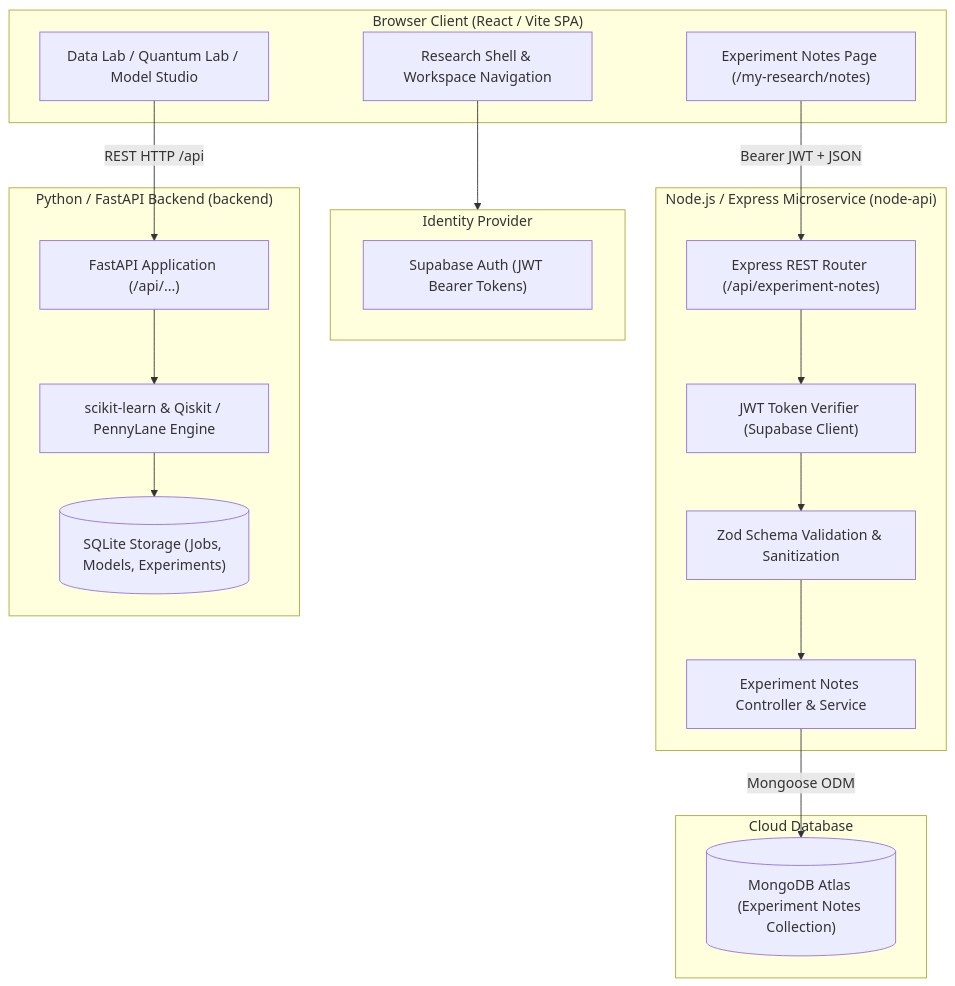
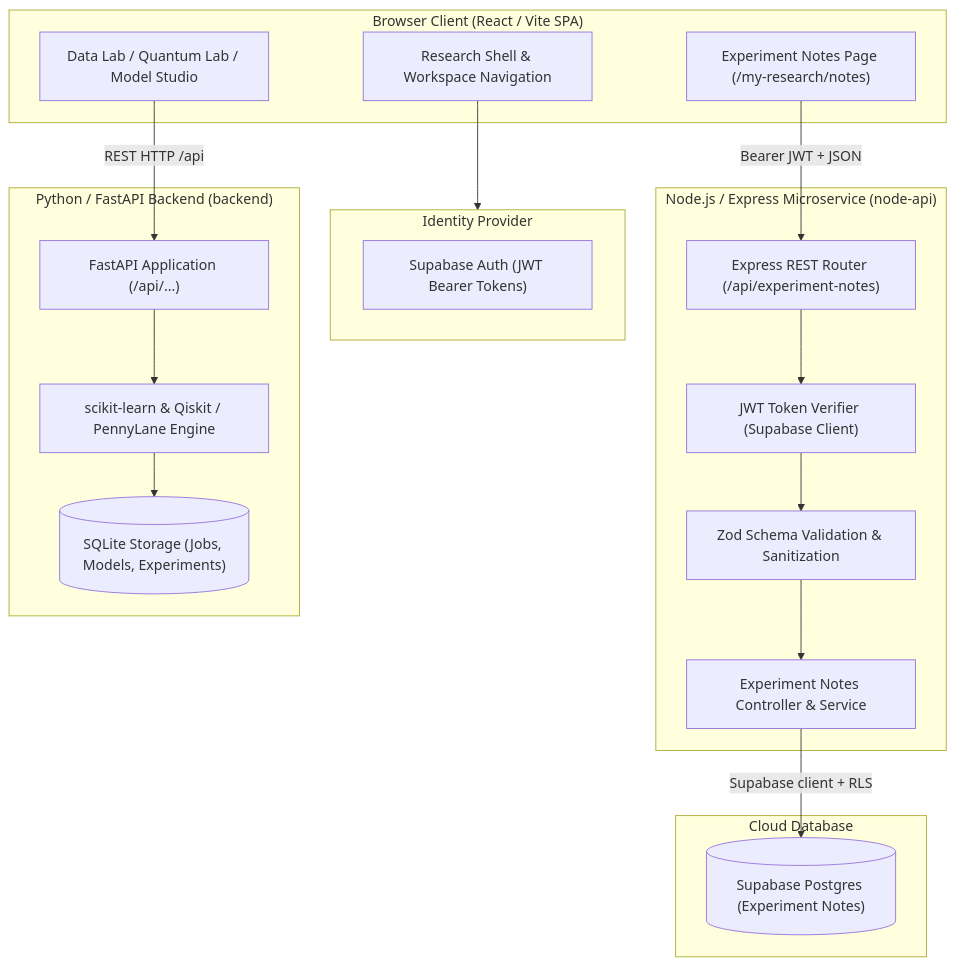
One commit to Itzx-kush/web-dev-entangle changed the diagram in README.md. Above: the diagram before and after it, drawn with Mermaid. The commit also changed other lines of this file, not shown here.

Commit message:
Document Supabase-backed experiment notes

````diff
--- a/README.md
+++ b/README.md
@@ -78,41 +78,41 @@
 ```mermaid
 flowchart TD
     subgraph Client["Browser Client (React / Vite SPA)"]
         UI["Research Shell & Workspace Navigation"]
         NotesPage["Experiment Notes Page (/my-research/notes)"]
         ResearchLabs["Data Lab / Quantum Lab / Model Studio"]
     end
 
     subgraph Identity["Identity Provider"]
         Supabase["Supabase Auth (JWT Bearer Tokens)"]
     end
 
     subgraph NodeService["Node.js / Express Microservice (node-api)"]
         ExpressRouter["Express REST Router (/api/experiment-notes)"]
         AuthMiddleware["JWT Token Verifier (Supabase Client)"]
         ZodValidator["Zod Schema Validation & Sanitization"]
         NotesController["Experiment Notes Controller & Service"]
     end
 
     subgraph PythonService["Python / FastAPI Backend (backend)"]
         FastApiRouter["FastAPI Application (/api/...)"]
         MlEngine["scikit-learn & Qiskit / PennyLane Engine"]
         SqliteStore[("SQLite Storage (Jobs, Models, Experiments)")]
     end
 
     subgraph MongoCloud["Cloud Database"]
-        AtlasDB[("MongoDB Atlas (Experiment Notes Collection)")]
+        NotesDB[("Supabase Postgres (Experiment Notes)")]
     end
 
     UI --> Identity
     NotesPage -- "Bearer JWT + JSON" --> ExpressRouter
     ResearchLabs -- "REST HTTP /api" --> FastApiRouter
 
     ExpressRouter --> AuthMiddleware
     AuthMiddleware --> ZodValidator
     ZodValidator --> NotesController
-    NotesController -- "Mongoose ODM" --> AtlasDB
+    NotesController -- "Supabase client + RLS" --> NotesDB
 
     FastApiRouter --> MlEngine
     MlEngine --> SqliteStore
 ```
````
